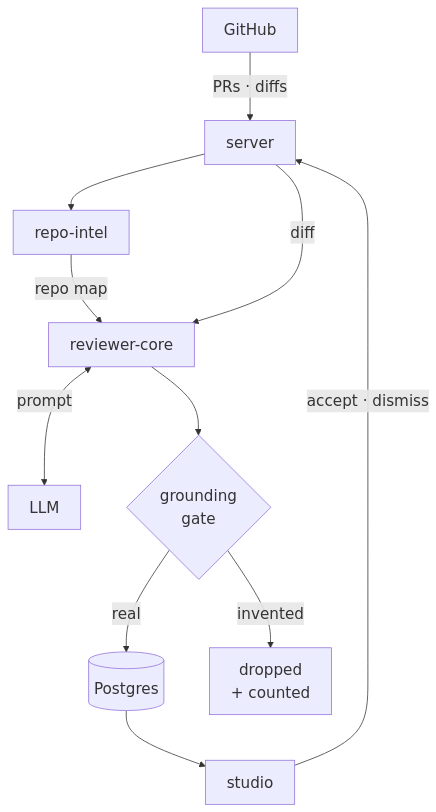
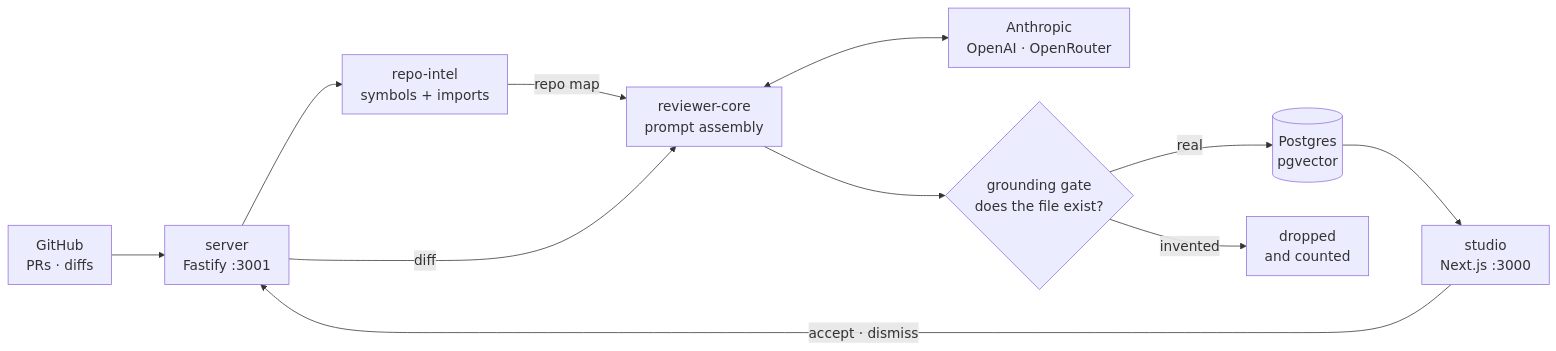
One commit to AIengineerDev/dev-digest changed the first of 2 diagrams in README.md. Above: the diagram before and after it, drawn with Mermaid.

Commit message:
docs(readme): lay the review loop out for how GitHub renders it
GitHub draws a mermaid SVG at its natural size and centres it — it does not
stretch the diagram to the column width. A tall, narrow `flowchart TB` there
is a small picture with white space down both sides, which is exactly what it
looked like.

So the review loop is now `flowchart LR`, wide enough to use the column, with
two-line labels that carry the detail the one-word version had lost: ports,
what repo-intel extracts, which providers, and the gate's actual question.
Both diagrams keep an explicit font size, since 16px is the default and reads
small at these dimensions.

````diff
--- a/README.md
+++ b/README.md
@@ -61,14 +61,14 @@
 ```mermaid
-%%{init: {"themeVariables": {"fontSize": "20px"}, "flowchart": {"nodeSpacing": 60, "rankSpacing": 60, "padding": 14}}}%%
-flowchart TB
-  GH["GitHub"] -->|"PRs · diffs"| API["server"]
-  API --> IDX["repo-intel"]
-  IDX -->|"repo map"| ENG["reviewer-core"]
-  API -->|"diff"| ENG
-  ENG <-->|"prompt"| LLM["LLM"]
-  ENG --> GATE{"grounding<br/>gate"}
-  GATE -->|"real"| DB[("Postgres")]
-  GATE -->|"invented"| DROP["dropped<br/>+ counted"]
-  DB --> WEB["studio"]
+%%{init: {"themeVariables": {"fontSize": "18px"}, "flowchart": {"nodeSpacing": 45, "rankSpacing": 70, "padding": 12}}}%%
+flowchart LR
+  GH["GitHub<br/>PRs · diffs"] --> API["server<br/>Fastify :3001"]
+  API --> IDX["repo-intel<br/>symbols + imports"]
+  IDX -->|"repo map"| ENG
+  API -->|"diff"| ENG["reviewer-core<br/>prompt assembly"]
+  ENG <--> LLM["Anthropic<br/>OpenAI · OpenRouter"]
+  ENG --> GATE{"grounding gate<br/>does the file exist?"}
+  GATE -->|"real"| DB[("Postgres<br/>pgvector")]
+  GATE -->|"invented"| DROP["dropped<br/>and counted"]
+  DB --> WEB["studio<br/>Next.js :3000"]
   WEB -->|"accept · dismiss"| API
 ```
````
